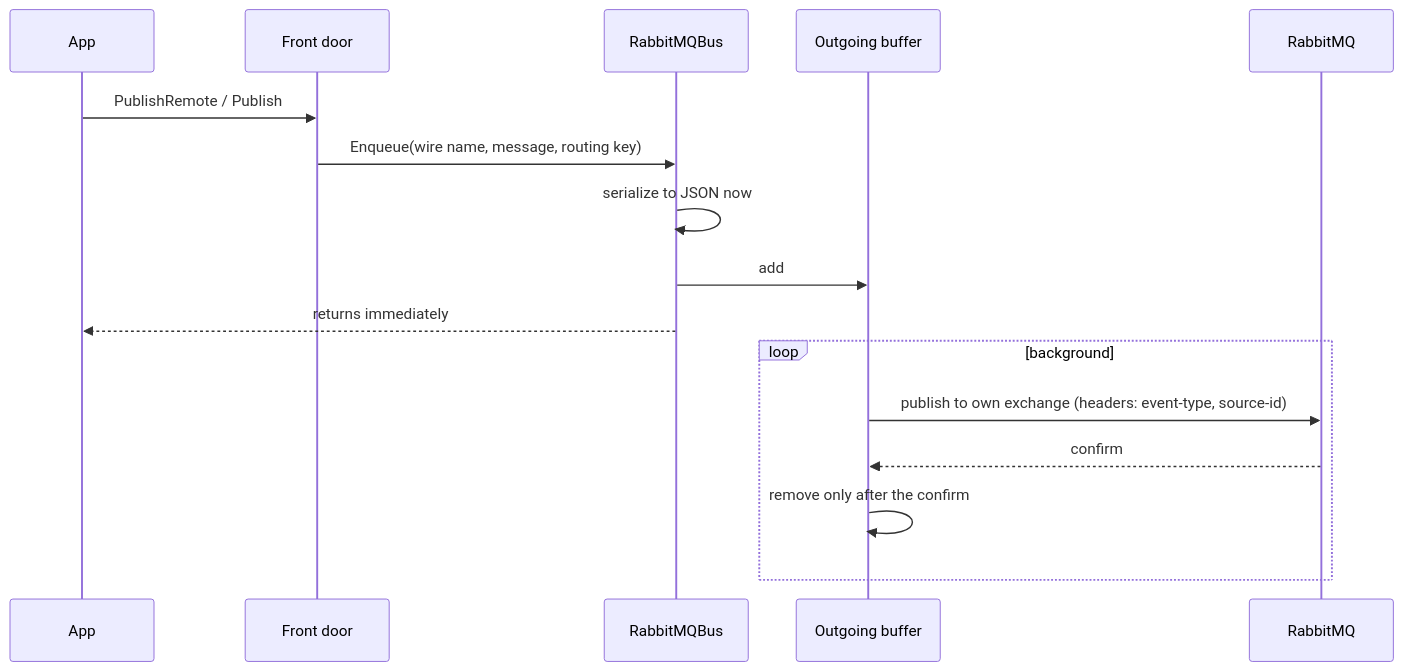
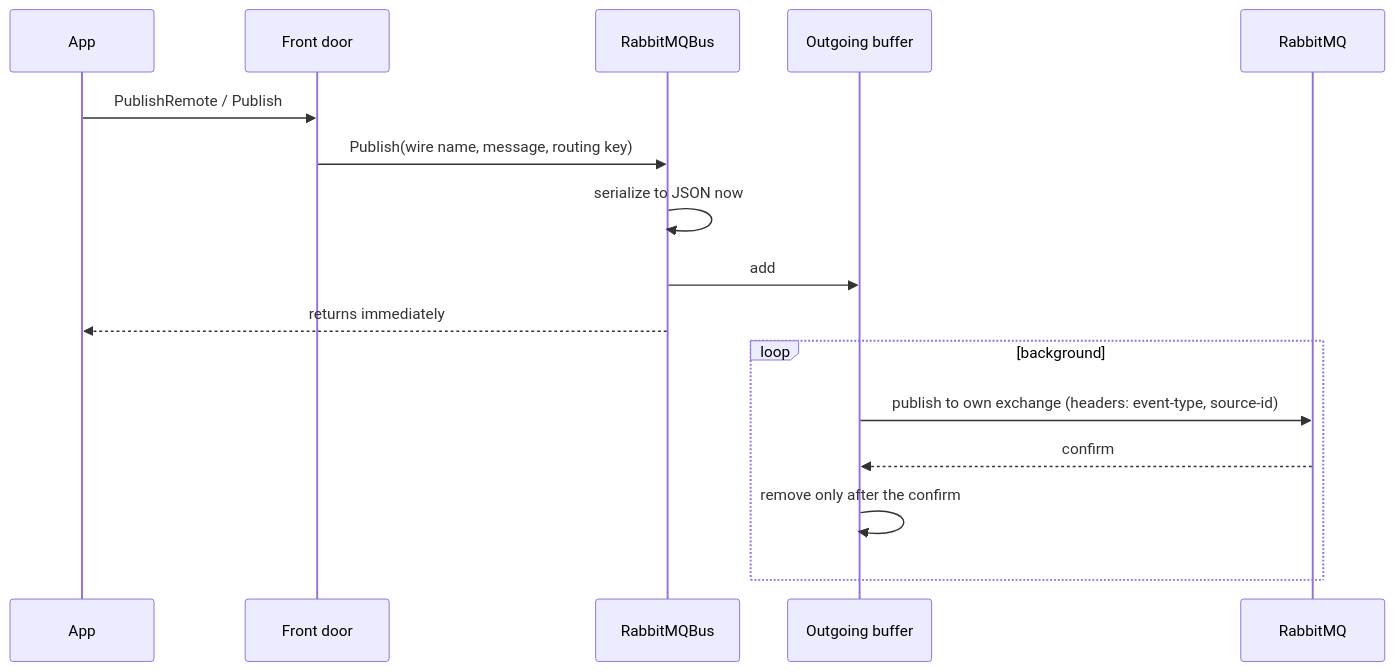
Before and after one commit to ncowine/CleanArchitecture: the second of 3 diagrams in docs/messaging/README.md, drawn with Mermaid. The commit also changed other lines of this file and 71 other files, not shown here.

````diff
--- a/docs/messaging/README.md
+++ b/docs/messaging/README.md
@@ -186,18 +186,18 @@
 ```mermaid
 sequenceDiagram
     participant App
     participant FrontDoor as Front door
     participant Bus as RabbitMQBus
     participant Buffer as Outgoing buffer
     participant Broker as RabbitMQ
     App->>FrontDoor: PublishRemote / Publish
-    FrontDoor->>Bus: Enqueue(wire name, message, routing key)
+    FrontDoor->>Bus: Publish(wire name, message, routing key)
     Bus->>Bus: serialize to JSON now
     Bus->>Buffer: add
     Bus-->>App: returns immediately
     loop background
         Buffer->>Broker: publish to own exchange (headers: event-type, source-id)
         Broker-->>Buffer: confirm
         Buffer->>Buffer: remove only after the confirm
     end
 ```
````
